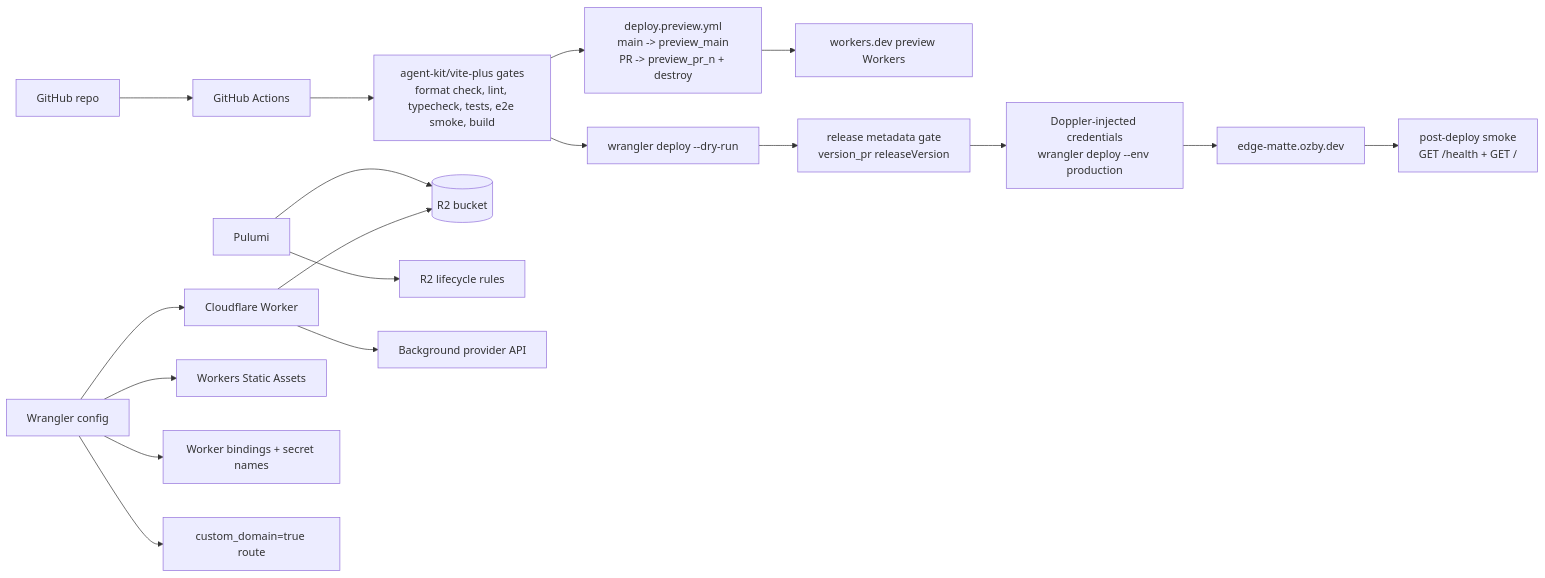
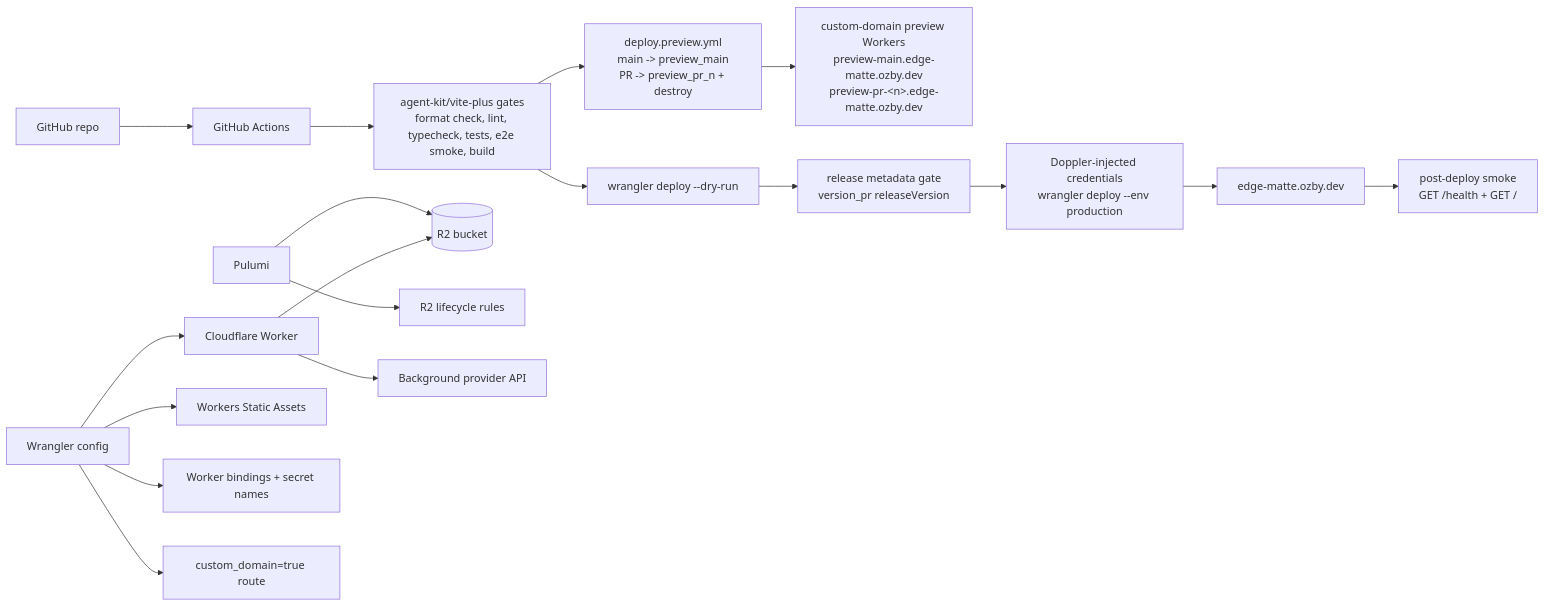
One commit to ozby/edge-matte changed the ninth of 10 diagrams in docs/architecture.md. Above: the diagram before and after it, drawn with Mermaid. The commit also changed other lines of this file and 10 other files, not shown here.

Commit message:
ci: use ozby preview domains

````diff
--- a/docs/architecture.md
+++ b/docs/architecture.md
@@ -310,23 +310,23 @@
 ```mermaid
 flowchart LR
     GH[GitHub repo] --> CI[GitHub Actions]
     CI --> CHECKS[agent-kit/vite-plus gates<br/>format check, lint, typecheck, tests, e2e smoke, build]
     CHECKS --> DRY[wrangler deploy --dry-run]
     CHECKS --> PREVIEW[deploy.preview.yml<br/>main -> preview_main<br/>PR -> preview_pr_n + destroy]
-    PREVIEW --> WORKERSDEV[workers.dev preview Workers]
+    PREVIEW --> PREVIEWDOMAINS[custom-domain preview Workers<br/>preview-main.edge-matte.ozby.dev<br/>preview-pr-&lt;n&gt;.edge-matte.ozby.dev]
     DRY --> RELEASE[release metadata gate<br/>version_pr releaseVersion]
     RELEASE --> DEPLOY[Doppler-injected credentials<br/>wrangler deploy --env production]
     DEPLOY --> URL[edge-matte.ozby.dev]
     URL --> SMOKE[post-deploy smoke<br/>GET /health + GET /]
 
     PULUMI[Pulumi] --> R2[(R2 bucket)]
     PULUMI --> LIFE[R2 lifecycle rules]
 
     WRANGLER[Wrangler config] --> WORKER[Cloudflare Worker]
     WRANGLER --> ASSETS[Workers Static Assets]
     WRANGLER --> BINDINGS[Worker bindings + secret names]
     WRANGLER --> ROUTES[custom_domain=true route]
 
     WORKER --> R2
     WORKER --> PROVIDER[Background provider API]
 ```
````
